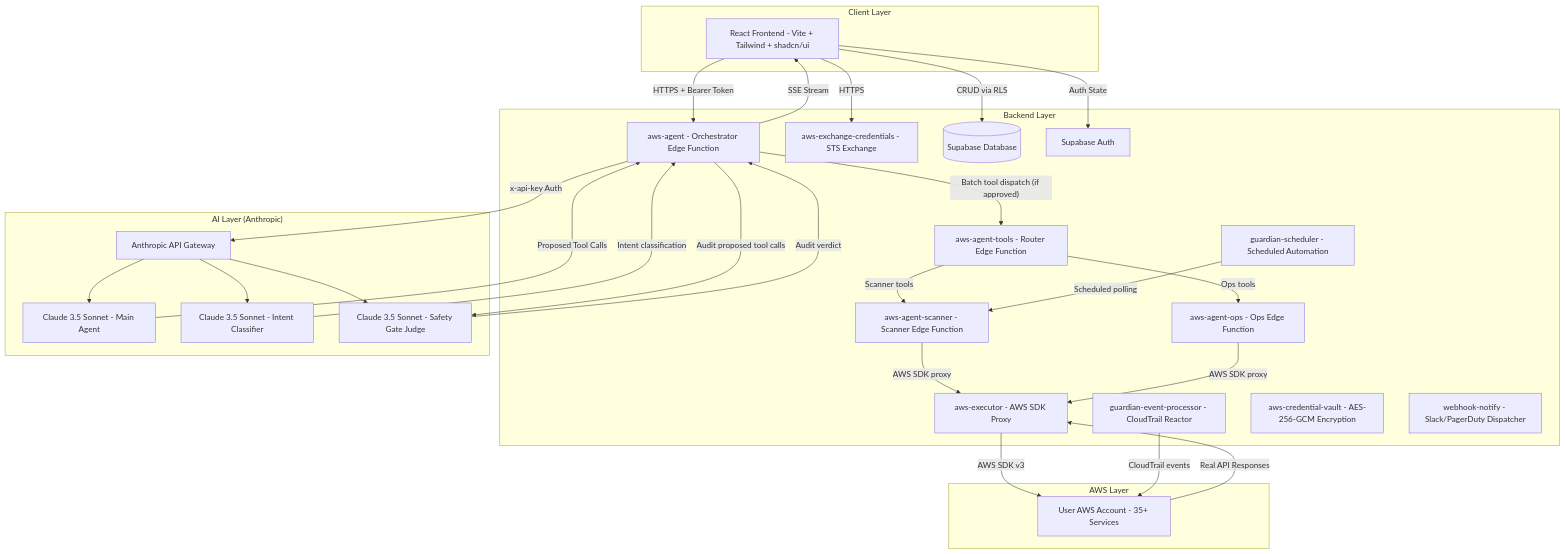
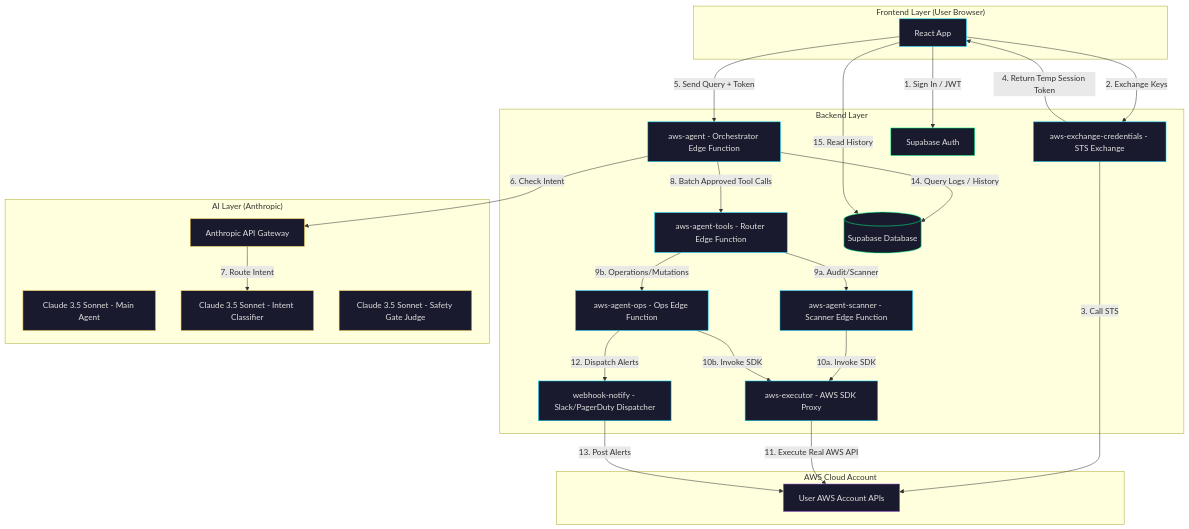
Before and after one commit to ritvikindupuri/CloudPilot-AI---AWS-Security-Agent: the first of 35 diagrams in TECHNICAL_DOCUMENTATION.md, drawn with Mermaid. The commit also changed other lines of this file and 4 other files, not shown here.

````diff
--- a/TECHNICAL_DOCUMENTATION.md
+++ b/TECHNICAL_DOCUMENTATION.md
@@ -84,55 +84,63 @@
 ```mermaid
-graph TB
-    subgraph "Client Layer"
-        A[React Frontend - Vite + Tailwind + shadcn/ui]
+graph TD
+    subgraph "Frontend Layer (User Browser)"
+        A[React App]
     end
 
     subgraph "Backend Layer"
         B[aws-agent - Orchestrator Edge Function]
         B2[aws-agent-tools - Router Edge Function]
         B3[aws-agent-scanner - Scanner Edge Function]
         B4[aws-agent-ops - Ops Edge Function]
         B5[aws-executor - AWS SDK Proxy]
         B6[aws-exchange-credentials - STS Exchange]
-        B7[guardian-scheduler - Scheduled Automation]
-        B8[guardian-event-processor - CloudTrail Reactor]
-        B9[aws-credential-vault - AES-256-GCM Encryption]
         B10[webhook-notify - Slack/PagerDuty Dispatcher]
         C[(Supabase Database)]
         D[Supabase Auth]
     end
 
     subgraph "AI Layer (Anthropic)"
         E[Anthropic API Gateway]
         F[Claude 3.5 Sonnet - Main Agent]
         F2[Claude 3.5 Sonnet - Intent Classifier]
         F3[Claude 3.5 Sonnet - Safety Gate Judge]
     end
 
-    subgraph "AWS Layer"
-        G[User AWS Account - 35+ Services]
+    subgraph "AWS Cloud Account"
+        G[User AWS Account APIs]
     end
 
-    A -- "HTTPS + Bearer Token" --> B
-    A -- "HTTPS" --> B6
-    A -- "Auth State" --> D
-    A -- "CRUD via RLS" --> C
-    B -- "x-api-key Auth" --> E
-    E --> F2
-    F2 -- "Intent classification" --> B
-    E --> F
-    F -- "Proposed Tool Calls" --> B
-    E --> F3
-    B -- "Audit proposed tool calls" --> F3
-    F3 -- "Audit verdict" --> B
-    B -- "Batch tool dispatch (if approved)" --> B2
-    B2 -- "Scanner tools" --> B3
-    B2 -- "Ops tools" --> B4
-    B3 -- "AWS SDK proxy" --> B5
-    B4 -- "AWS SDK proxy" --> B5
-    B5 -- "AWS SDK v3" --> G
-    B7 -- "Scheduled polling" --> B3
-    B8 -- "CloudTrail events" --> G
-    G -- "Real API Responses" --> B5
-    B -- "SSE Stream" --> A
+    A -->|1. Sign In / JWT| D
+    A -->|2. Exchange Keys| B6
+    B6 -->|3. Call STS| G
+    B6 -->|4. Return Temp Session Token| A
+    A -->|5. Send Query + Token| B
+    B -->|6. Check Intent| E
+    E -->|7. Route Intent| F2
+    B -->|8. Batch Approved Tool Calls| B2
+    B2 -->|9a. Audit/Scanner| B3
+    B2 -->|9b. Operations/Mutations| B4
+    B3 -->|10a. Invoke SDK| B5
+    B4 -->|10b. Invoke SDK| B5
+    B5 -->|11. Execute Real AWS API| G
+    B4 -->|12. Dispatch Alerts| B10
+    B10 -->|13. Post Alerts| G
+    B -->|14. Query Logs / History| C
+    A -->|15. Read History| C
+
+    style A fill:#1a1a2e,stroke:#00d4ff,color:#e0e0e0
+    style B fill:#1a1a2e,stroke:#00d4ff,color:#e0e0e0
+    style B2 fill:#1a1a2e,stroke:#00d4ff,color:#e0e0e0
+    style B3 fill:#1a1a2e,stroke:#00d4ff,color:#e0e0e0
+    style B4 fill:#1a1a2e,stroke:#00d4ff,color:#e0e0e0
+    style B5 fill:#1a1a2e,stroke:#00d4ff,color:#e0e0e0
+    style B6 fill:#1a1a2e,stroke:#00d4ff,color:#e0e0e0
+    style B10 fill:#1a1a2e,stroke:#00d4ff,color:#e0e0e0
+    style C fill:#1a1a2e,stroke:#00ff88,color:#e0e0e0
+    style D fill:#1a1a2e,stroke:#00ff88,color:#e0e0e0
+    style E fill:#1a1a2e,stroke:#f0c040,color:#e0e0e0
+    style F fill:#1a1a2e,stroke:#f0c040,color:#e0e0e0
+    style F2 fill:#1a1a2e,stroke:#f0c040,color:#e0e0e0
+    style F3 fill:#1a1a2e,stroke:#f0c040,color:#e0e0e0
+    style G fill:#1a1a2e,stroke:#9b5de5,color:#e0e0e0
 ```
````
